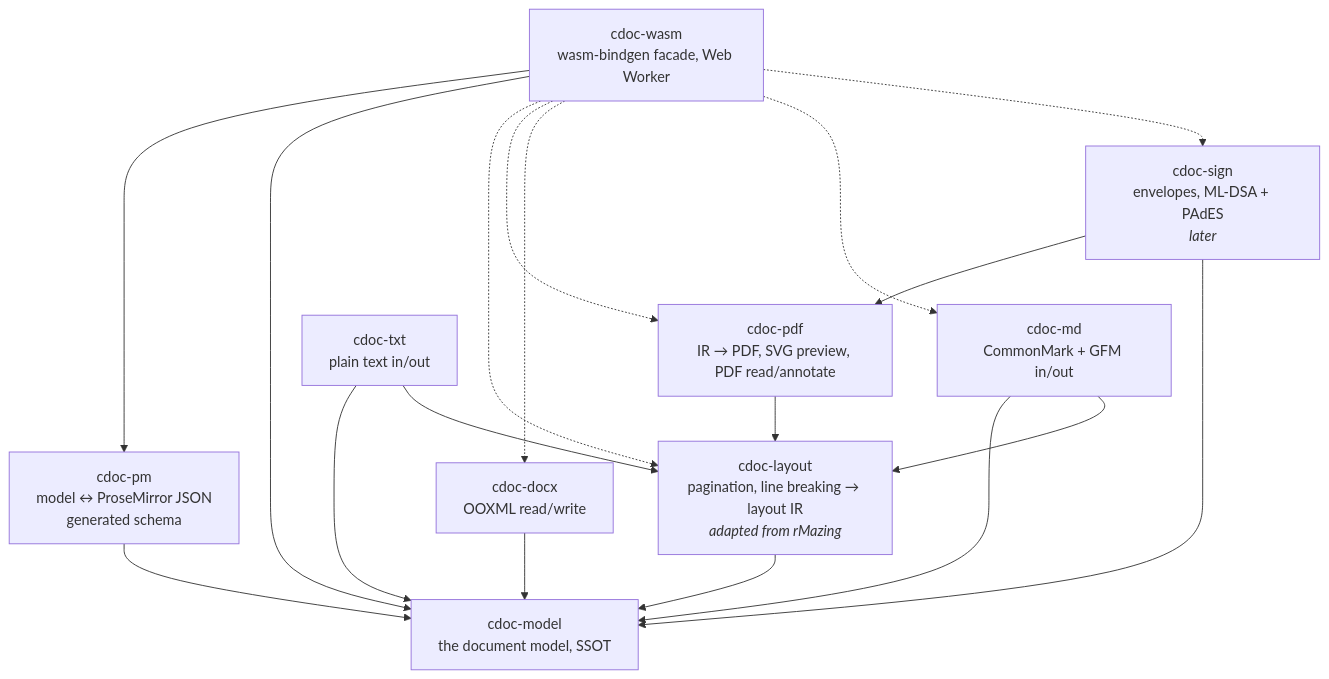
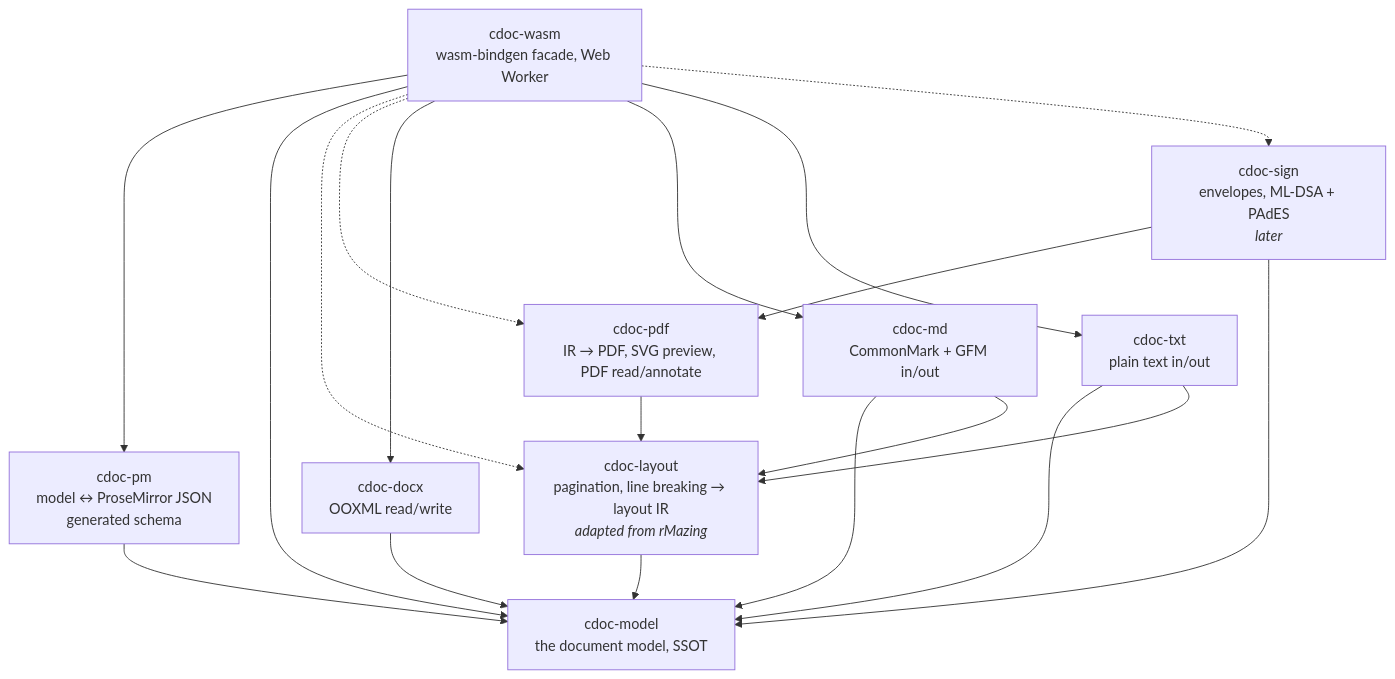
Before and after one commit to Avarok-Cybersecurity/citadel-docs: the diagram in ARCHITECTURE.md, drawn with Mermaid. The commit also changed other lines of this file and 6 other files, not shown here.

First line of the commit message:
cdoc-wasm: docx, md and txt conversions

````diff
--- a/ARCHITECTURE.md
+++ b/ARCHITECTURE.md
@@ -12,30 +12,31 @@
 ```mermaid
 graph TD
     model[cdoc-model<br/>the document model, SSOT]
     pm[cdoc-pm<br/>model ↔ ProseMirror JSON<br/>generated schema]
     layout[cdoc-layout<br/>pagination, line breaking → layout IR<br/><i>adapted from rMazing</i>]
     pdf[cdoc-pdf<br/>IR → PDF, SVG preview, PDF read/annotate]
     docx[cdoc-docx<br/>OOXML read/write]
     md[cdoc-md<br/>CommonMark + GFM in/out]
     txt[cdoc-txt<br/>plain text in/out]
     sign[cdoc-sign<br/>envelopes, ML-DSA + PAdES<br/><i>later</i>]
     wasm[cdoc-wasm<br/>wasm-bindgen facade, Web Worker]
 
     pm --> model
     layout --> model
     docx --> model
     md --> model
     md --> layout
     txt --> model
     txt --> layout
     pdf --> layout
     sign --> pdf
     sign --> model
     wasm --> pm
     wasm --> model
     wasm -.-> layout
     wasm -.-> pdf
-    wasm -.-> docx
-    wasm -.-> md
+    wasm --> docx
+    wasm --> md
+    wasm --> txt
     wasm -.-> sign
 ```
````
